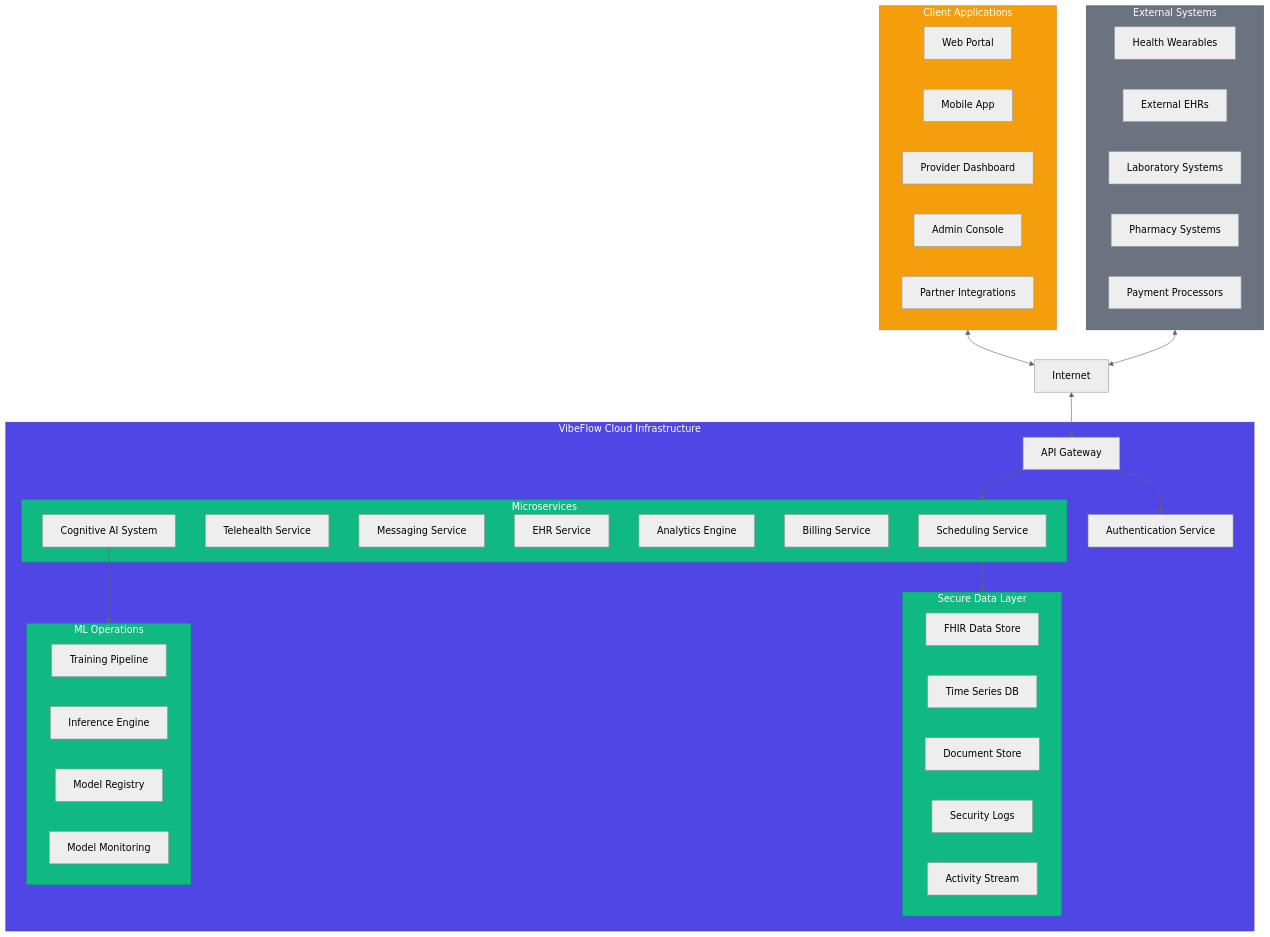
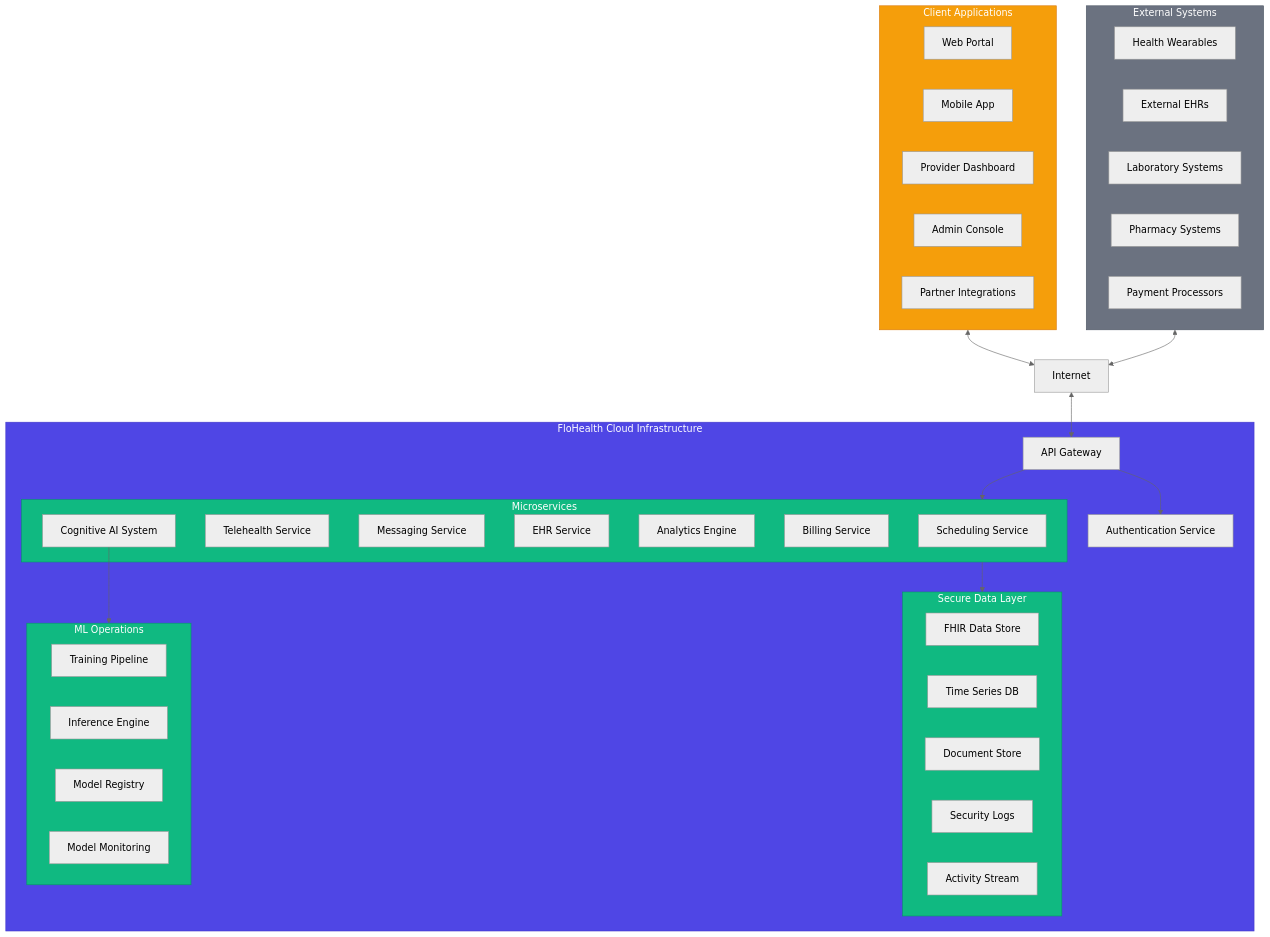
One commit to SquizAI/EHR changed the second of 3 diagrams in README.md. Above: the diagram before and after it, drawn with Mermaid (neutral theme). The commit also changed other lines of this file and 15 other files, not shown here.

Commit message:
Update platform to FloHealth with sales-oriented content and fix Mermaid diagrams

````diff
--- a/README.md
+++ b/README.md
@@ -94,68 +94,68 @@
 ```mermaid
 flowchart TB
-    subgraph Cloud ["VibeFlow Cloud Infrastructure"]
+    subgraph Cloud["FloHealth Cloud Infrastructure"]
         API[API Gateway] --> Auth[Authentication Service]
         API --> Services
         
-        subgraph Services ["Microservices"]
+        subgraph Services["Microservices"]
             Scheduler[Scheduling Service]
             Telehealth[Telehealth Service]
             Messaging[Messaging Service]
             EHR[EHR Service]
             Analytics[Analytics Engine]
             Billing[Billing Service]
             AI[Cognitive AI System]
         end
         
         Services --> DataLayer[Data Layer]
         
-        subgraph DataLayer ["Secure Data Layer"]
+        subgraph DataLayer["Secure Data Layer"]
             FHIR[FHIR Data Store]
             TimeSeries[Time Series DB]
             DocumentDB[Document Store]
             SecurityLogs[Security Logs]
             ActivityStream[Activity Stream]
         end
         
         AI --> MLOps[ML Operations]
         
-        subgraph MLOps ["ML Operations"]
+        subgraph MLOps["ML Operations"]
             Training[Training Pipeline]
             Inference[Inference Engine]
             ModelRegistry[Model Registry]
             Monitoring[Model Monitoring]
         end
     end
     
     Internet[Internet] <--> API
     
-    subgraph Clients ["Client Applications"]
+    subgraph Clients["Client Applications"]
         Web[Web Portal]
         Mobile[Mobile App]
         Provider[Provider Dashboard]
         AdminPortal[Admin Console]
         Integrations[Partner Integrations]
     end
     
     Clients <--> Internet
     
-    subgraph External ["External Systems"]
+    subgraph External["External Systems"]
         Wearables[Health Wearables]
         EHRs[External EHRs]
         Labs[Laboratory Systems]
         Pharmacies[Pharmacy Systems]
         Payments[Payment Processors]
     end
     
     External <--> Internet
     
     classDef primary fill:#4F46E5,stroke:#4338CA,color:#FFFFFF
     classDef secondary fill:#10B981,stroke:#059669,color:#FFFFFF
     classDef tertiary fill:#F59E0B,stroke:#D97706,color:#FFFFFF
     classDef external fill:#6B7280,stroke:#4B5563,color:#FFFFFF
     
     class Cloud primary
     class Services,DataLayer,MLOps secondary
     class Clients tertiary
     class External external
 ```
````
